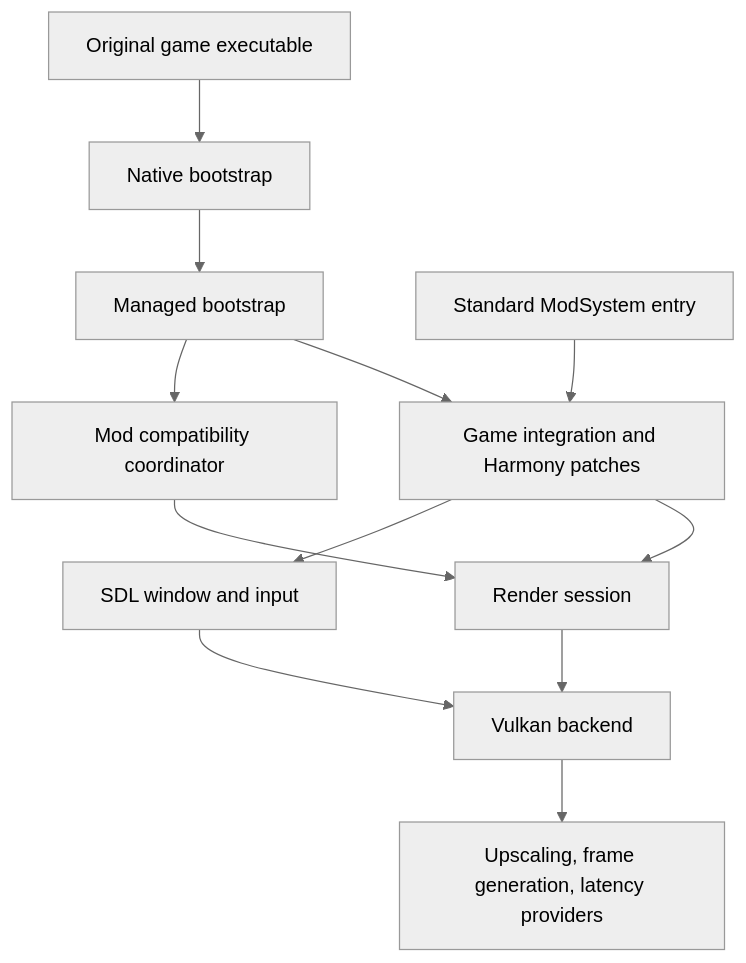
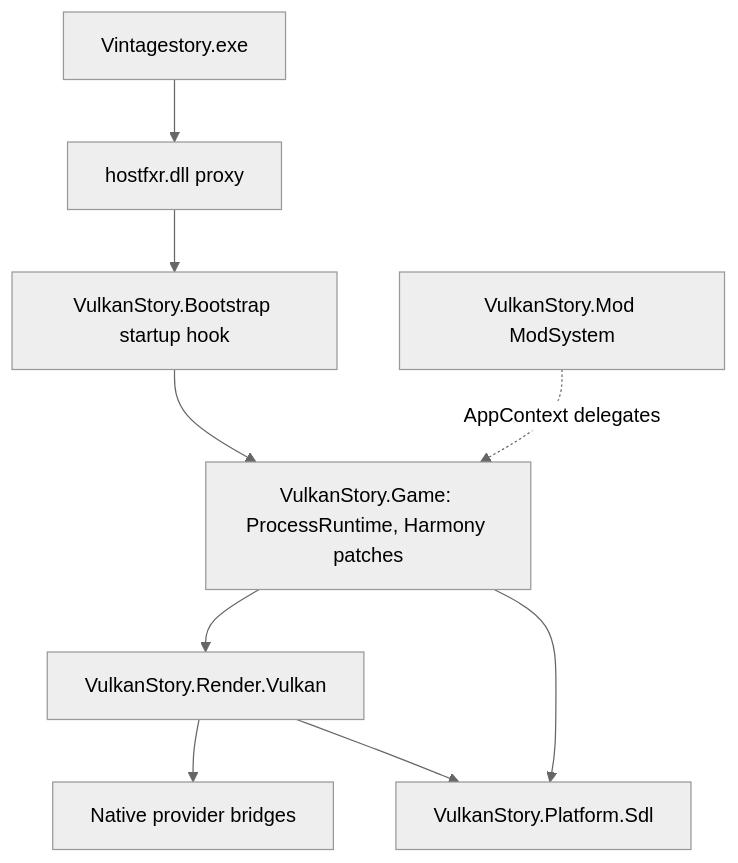
One commit to KillerPixelCrew/VulkanStory changed the diagram in docs/architecture.md. Above: the diagram before and after it, drawn with Mermaid (neutral theme). The commit also changed other lines of this file and 10 other files, not shown here.

````diff
--- a/docs/architecture.md
+++ b/docs/architecture.md
@@ -40,14 +22,11 @@
 ```mermaid
 flowchart TD
-    E[Original game executable] --> N[Native bootstrap]
-    N --> B[Managed bootstrap]
-    B --> G[Game integration and Harmony patches]
-    B --> C[Mod compatibility coordinator]
-    M[Standard ModSystem entry] --> G
-    G --> R[Render session]
-    G --> W[SDL window and input]
-    C --> R
-    R --> V[Vulkan backend]
-    V --> P[Upscaling, frame generation, latency providers]
-    W --> V
+    E[Vintagestory.exe] --> N[hostfxr.dll proxy]
+    N --> B[VulkanStory.Bootstrap startup hook]
+    B --> G[VulkanStory.Game: ProcessRuntime, Harmony patches]
+    M[VulkanStory.Mod ModSystem] -. AppContext delegates .-> G
+    G --> R[VulkanStory.Render.Vulkan]
+    G --> W[VulkanStory.Platform.Sdl]
+    R --> P[Native provider bridges]
+    R --> W
 ```
````
